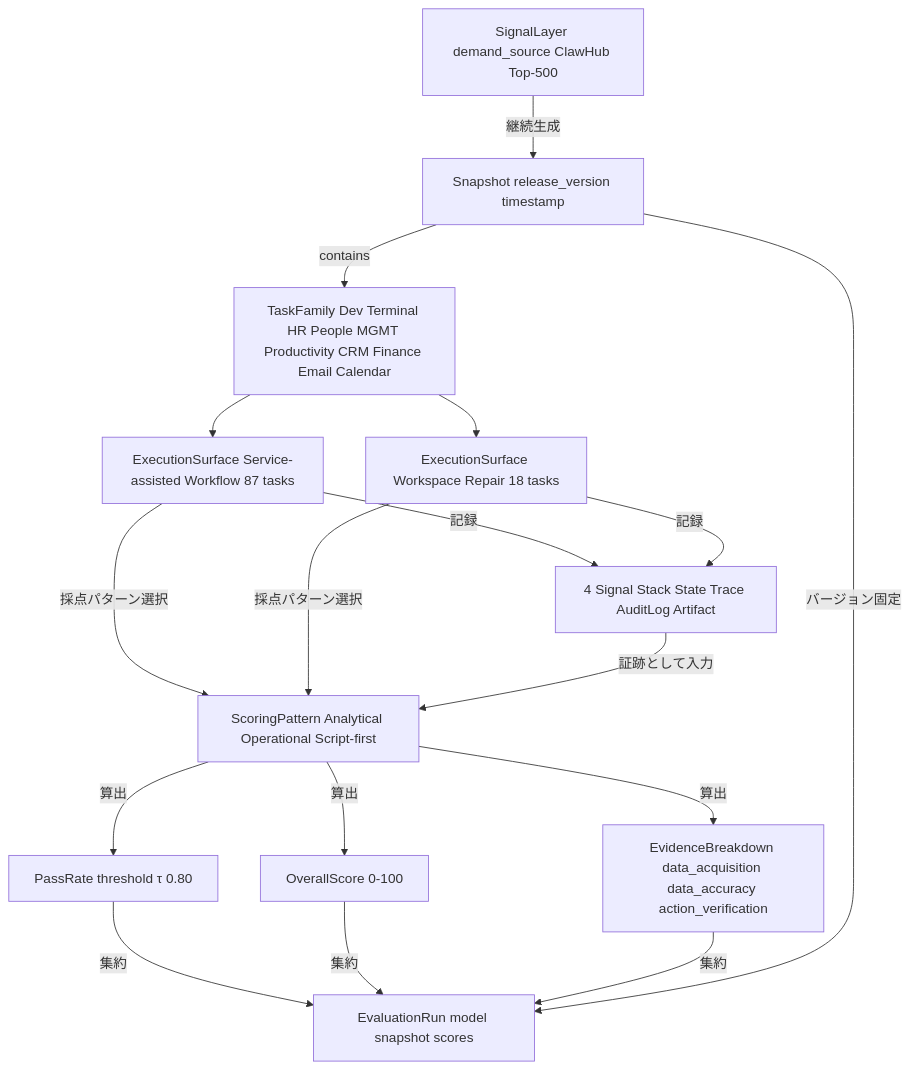
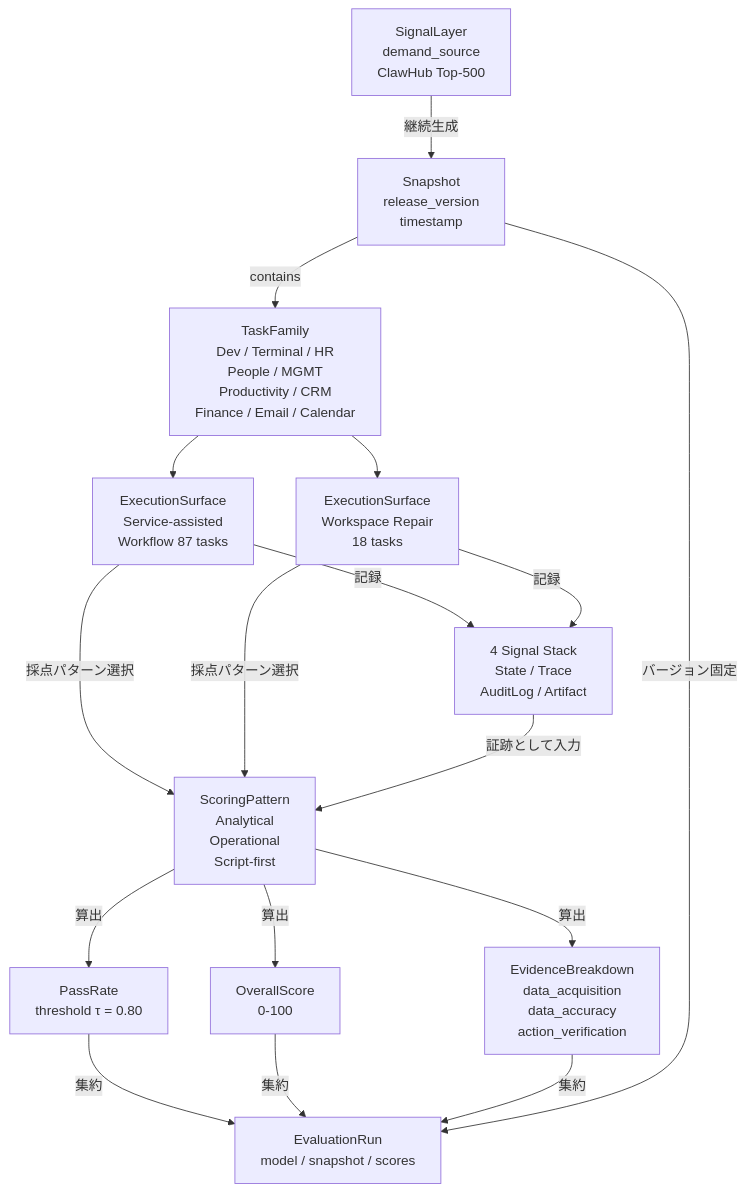
Before and after one commit to suwa-sh/zenn-contents: the fourth of 5 diagrams in articles/claw-eval-live_20260505.md, drawn with Mermaid. The commit also changed other lines of this file, not shown here.

Commit message:
update: Claw-Eval-Live mermaid 表示名を <br/> で複数行レイアウトに修正

````diff
--- a/articles/claw-eval-live_20260505.md
+++ b/articles/claw-eval-live_20260505.md
@@ -130,31 +130,31 @@
 ```mermaid
 graph TD
-    SL[SignalLayer demand_source ClawHub Top-500]
-    SS[Snapshot release_version timestamp]
-    TF[TaskFamily Dev Terminal HR People MGMT Productivity CRM Finance Email Calendar]
-    ESW[ExecutionSurface Service-assisted Workflow 87 tasks]
-    EWR[ExecutionSurface Workspace Repair 18 tasks]
-    SIG[4 Signal Stack State Trace AuditLog Artifact]
-    SP[ScoringPattern Analytical Operational Script-first]
-    PR[PassRate threshold τ 0.80]
-    OV[OverallScore 0-100]
-    EB[EvidenceBreakdown data_acquisition data_accuracy action_verification]
-    ER[EvaluationRun model snapshot scores]
+    SL["SignalLayer<br/>demand_source<br/>ClawHub Top-500"]
+    SS["Snapshot<br/>release_version<br/>timestamp"]
+    TF["TaskFamily<br/>Dev / Terminal / HR<br/>People / MGMT<br/>Productivity / CRM<br/>Finance / Email / Calendar"]
+    ESW["ExecutionSurface<br/>Service-assisted<br/>Workflow 87 tasks"]
+    EWR["ExecutionSurface<br/>Workspace Repair<br/>18 tasks"]
+    SIG["4 Signal Stack<br/>State / Trace<br/>AuditLog / Artifact"]
+    SP["ScoringPattern<br/>Analytical<br/>Operational<br/>Script-first"]
+    PR["PassRate<br/>threshold τ = 0.80"]
+    OV["OverallScore<br/>0-100"]
+    EB["EvidenceBreakdown<br/>data_acquisition<br/>data_accuracy<br/>action_verification"]
+    ER["EvaluationRun<br/>model / snapshot / scores"]
 
     SL -->|継続生成| SS
     SS -->|contains| TF
     TF --> ESW
     TF --> EWR
     ESW -->|記録| SIG
     EWR -->|記録| SIG
     ESW -->|採点パターン選択| SP
     EWR -->|採点パターン選択| SP
     SIG -->|証跡として入力| SP
     SP -->|算出| PR
     SP -->|算出| OV
     SP -->|算出| EB
     PR -->|集約| ER
     OV -->|集約| ER
     EB -->|集約| ER
     SS -->|バージョン固定| ER
 ```
````
